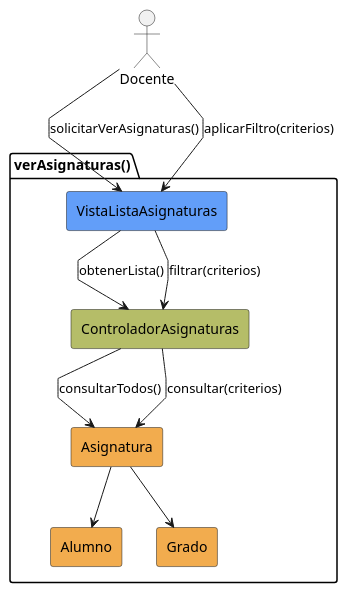
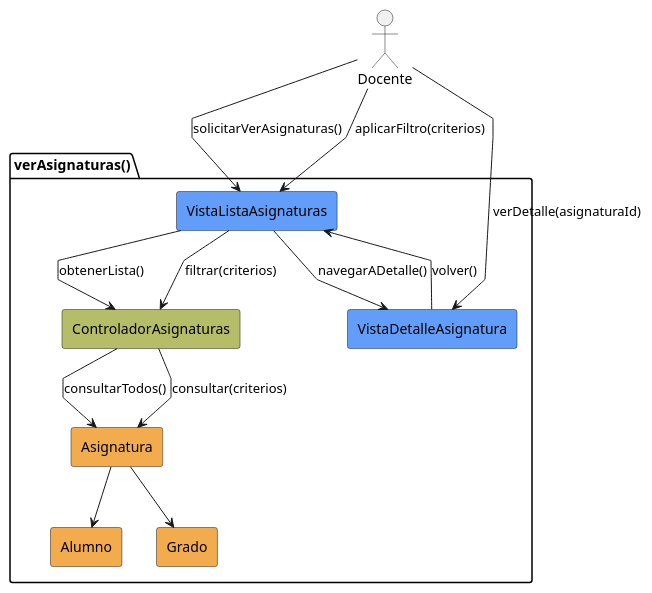
The diagram in RUP/01-analisis/casos-uso/CU-21-verAsignaturas/analisis-colaboracion-CU-21-verAsignaturas.puml (liamanderson873/25-26-idsw2-sdVC), drawn with PlantUML before and after one commit. The commit also changed 12 other files, not shown here.

First line of the commit message:
docs(RUP): actualizar diagramas de análisis y diseño con páginas de detalle, batch cancel y revisión en pestaña propia

```diff
--- a/RUP/01-analisis/casos-uso/CU-21-verAsignaturas/analisis-colaboracion-CU-21-verAsignaturas.puml
+++ b/RUP/01-analisis/casos-uso/CU-21-verAsignaturas/analisis-colaboracion-CU-21-verAsignaturas.puml
@@ -1,23 +1,28 @@
 @startuml verAsignaturas-analisis
 skinparam linetype polyline
 
 actor Docente
 package verAsignaturas as "verAsignaturas()" {
     rectangle #629EF9 VistaListaAsignaturas
+    rectangle #629EF9 VistaDetalleAsignatura
     rectangle #b5bd68 ControladorAsignaturas
     rectangle #F2AC4E Asignatura
     rectangle #F2AC4E Alumno
     rectangle #F2AC4E Grado
 }
 
 Docente -r-> VistaListaAsignaturas: solicitarVerAsignaturas()
 VistaListaAsignaturas -d-> ControladorAsignaturas: obtenerLista()
 ControladorAsignaturas --> Asignatura: consultarTodos()
 Asignatura --> Alumno
 Asignatura --> Grado
 
 Docente --> VistaListaAsignaturas: aplicarFiltro(criterios)
 VistaListaAsignaturas --> ControladorAsignaturas: filtrar(criterios)
 ControladorAsignaturas --> Asignatura: consultar(criterios)
 
+Docente -r-> VistaDetalleAsignatura: verDetalle(asignaturaId)
+VistaListaAsignaturas -r-> VistaDetalleAsignatura: navegarADetalle()
+VistaDetalleAsignatura --> VistaListaAsignaturas: volver()
+
 @enduml
```
